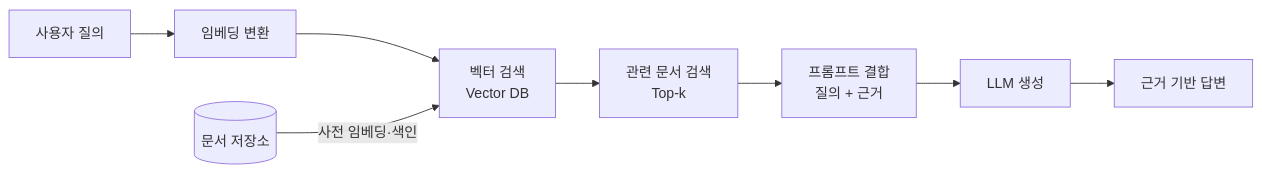
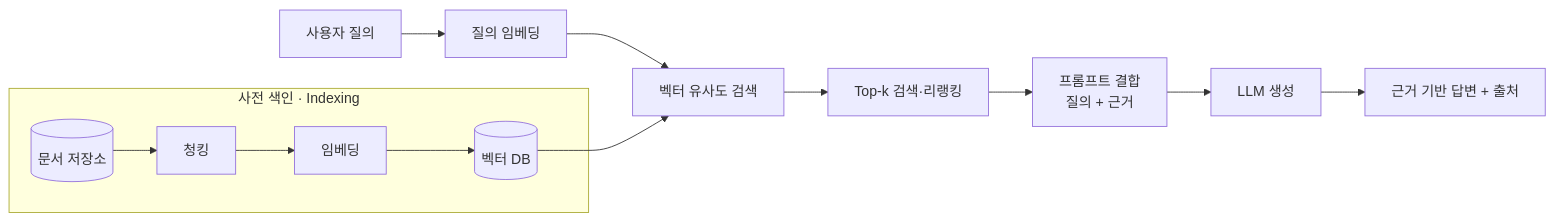
Before and after one commit to coninggu/wjdqhrhksflrltnftk: the diagram in content/rag.md, drawn with Mermaid. The commit also changed other lines of this file and 1 other file, not shown here.

````diff
--- a/content/rag.md
+++ b/content/rag.md
@@ -14,10 +15,13 @@
 ```mermaid
 flowchart LR
-  Q[사용자 질의] --> E[임베딩 변환]
-  E --> S[벡터 검색<br/>Vector DB]
-  D[(문서 저장소)] -->|사전 임베딩·색인| S
-  S --> C[관련 문서 검색<br/>Top-k]
-  C --> P[프롬프트 결합<br/>질의 + 근거]
+  subgraph 사전준비[사전 색인 · Indexing]
+    D[(문서 저장소)] --> CH[청킹] --> EM[임베딩] --> V[(벡터 DB)]
+  end
+  Q[사용자 질의] --> QE[질의 임베딩]
+  QE --> S[벡터 유사도 검색]
+  V --> S
+  S --> RR[Top-k 검색·리랭킹]
+  RR --> P[프롬프트 결합<br/>질의 + 근거]
   P --> L[LLM 생성]
-  L --> A[근거 기반 답변]
+  L --> A[근거 기반 답변 + 출처]
 ```
````
